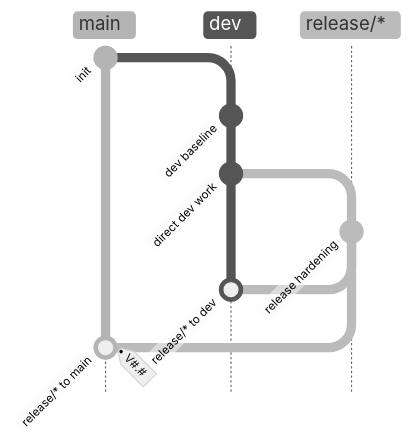
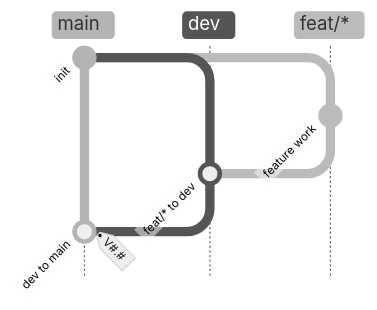
The diagram in .git-flow-guard/contribution.md (ylang-ylang/gitguard), drawn with Mermaid (neutral theme) before and after one commit. The commit also changed other lines of this file and 2 other files, not shown here.

Commit message:
Install dev-feat policy

````diff
--- a/.git-flow-guard/contribution.md
+++ b/.git-flow-guard/contribution.md
@@ -3,17 +3,14 @@
 ```mermaid
 gitGraph TB:
     commit id:"init"
     branch dev
     checkout dev
-    commit id:"dev baseline"
-    commit id:"direct dev work"
+    branch "feat/*"
+    checkout "feat/*"
+    commit id:"feature work"
+    checkout dev
+    merge "feat/*" id:"feat/* to dev"
 
-    %% Release from dev back to dev, then to main
-    branch "release/*"
-    checkout "release/*"
-    commit id:"release hardening"
-    checkout dev
-    merge "release/*" id:"release/* to dev"
     checkout main
-    merge "release/*" id:"release/* to main" tag:"V#.#"
+    merge dev id:"dev to main" tag:"V#.#"
 ```
````
